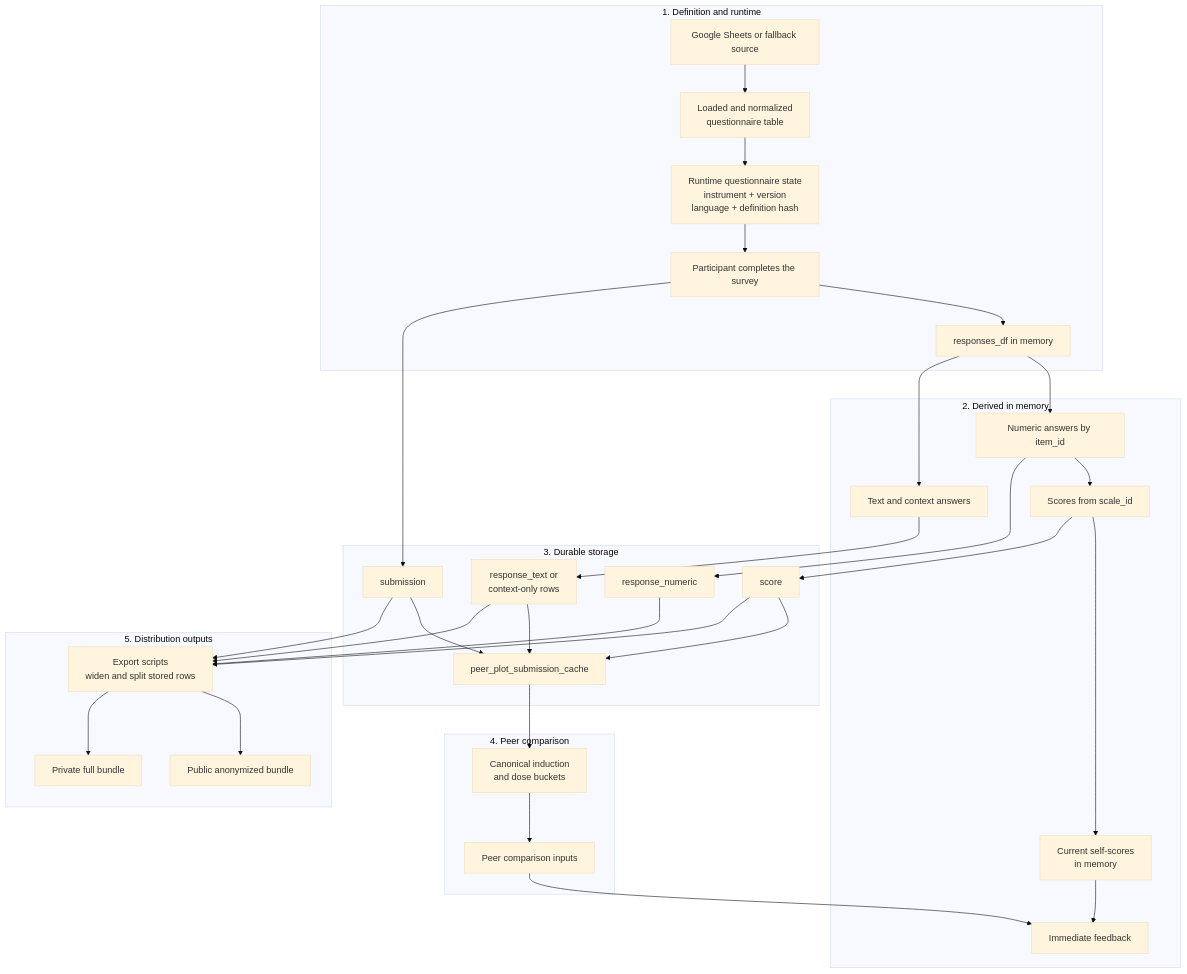
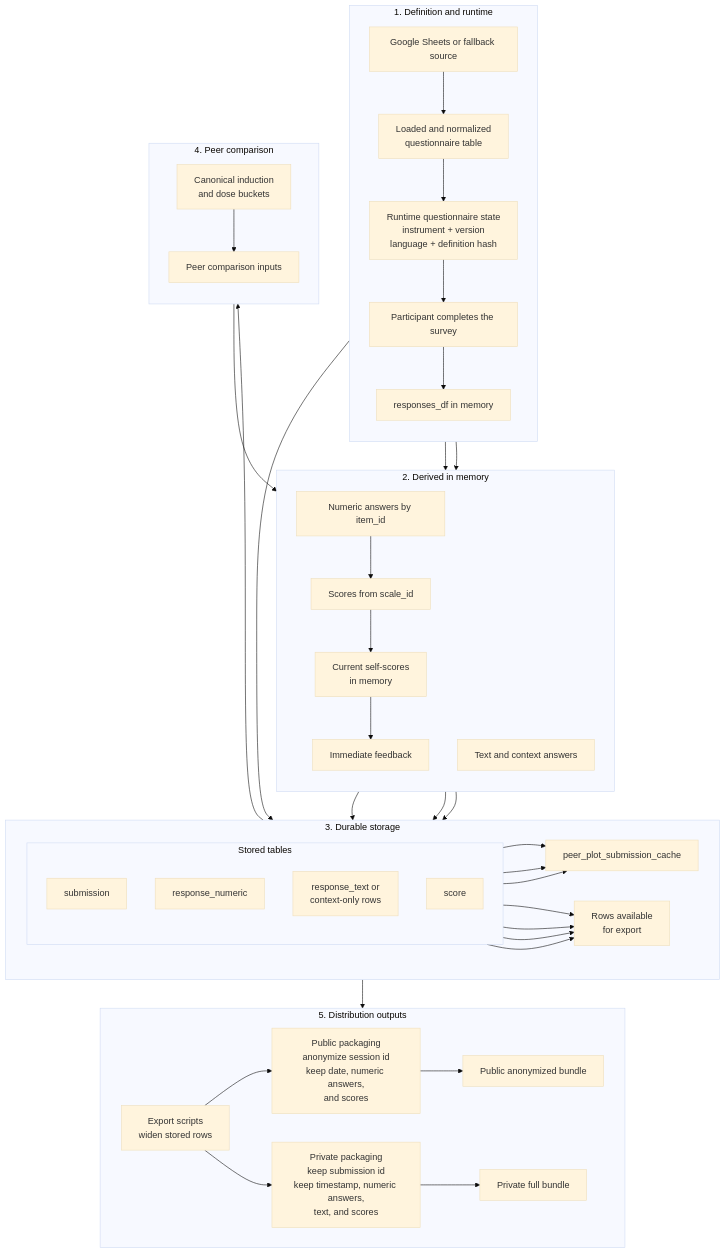
The diagram in docs/diagrams/value-lifecycle.mmd (MesmerPrism/axp-mvp-survey-guide), drawn with Mermaid (base theme) before and after one commit. The commit also changed 7 other files, not shown here.

```diff
--- a/docs/diagrams/value-lifecycle.mmd
+++ b/docs/diagrams/value-lifecycle.mmd
@@ -1,51 +1,63 @@
 flowchart TD
   subgraph Definition["1. Definition and runtime"]
+    direction TB
     A["Google Sheets or fallback source"] --> B["Loaded and normalized<br/>questionnaire table"]
     B --> C["Runtime questionnaire state<br/>instrument + version<br/>language + definition hash"]
     C --> D["Participant completes the survey"]
     D --> E["responses_df in memory"]
   end
 
   subgraph Derived["2. Derived in memory"]
+    direction TB
     E --> F["Numeric answers by item_id"]
     E --> G["Text and context answers"]
     F --> H["Scores from scale_id"]
     H --> I["Current self-scores<br/>in memory"]
     I --> J["Immediate feedback"]
   end
 
   subgraph Store["3. Durable storage"]
-    K["submission"]
-    L["response_numeric"]
-    M["response_text or<br/>context-only rows"]
-    N["score"]
+    direction LR
+    subgraph Tables["Stored tables"]
+      direction TB
+      K["submission"]
+      L["response_numeric"]
+      M["response_text or<br/>context-only rows"]
+      N["score"]
+    end
     O["peer_plot_submission_cache"]
+    X["Rows available<br/>for export"]
 
     D --> K
     F --> L
     G --> M
     H --> N
     K --> O
     M --> O
     N --> O
+    K --> X
+    L --> X
+    M --> X
+    N --> X
   end
 
   subgraph Peer["4. Peer comparison"]
+    direction TB
     P["Canonical induction<br/>and dose buckets"]
     Q["Peer comparison inputs"]
 
     O --> P --> Q --> J
   end
 
   subgraph Export["5. Distribution outputs"]
-    R["Export scripts<br/>widen and split stored rows"]
+    direction LR
+    R["Export scripts<br/>widen stored rows"]
+    U["Public packaging<br/>anonymize session id<br/>keep date, numeric answers,<br/>and scores"]
+    V["Private packaging<br/>keep submission id<br/>keep timestamp, numeric answers,<br/>text, and scores"]
     S["Public anonymized bundle"]
     T["Private full bundle"]
 
-    K --> R
-    L --> R
-    M --> R
-    N --> R
-    R --> S
-    R --> T
+    X --> R
+    R --> U --> S
+    R --> V --> T
   end
```
